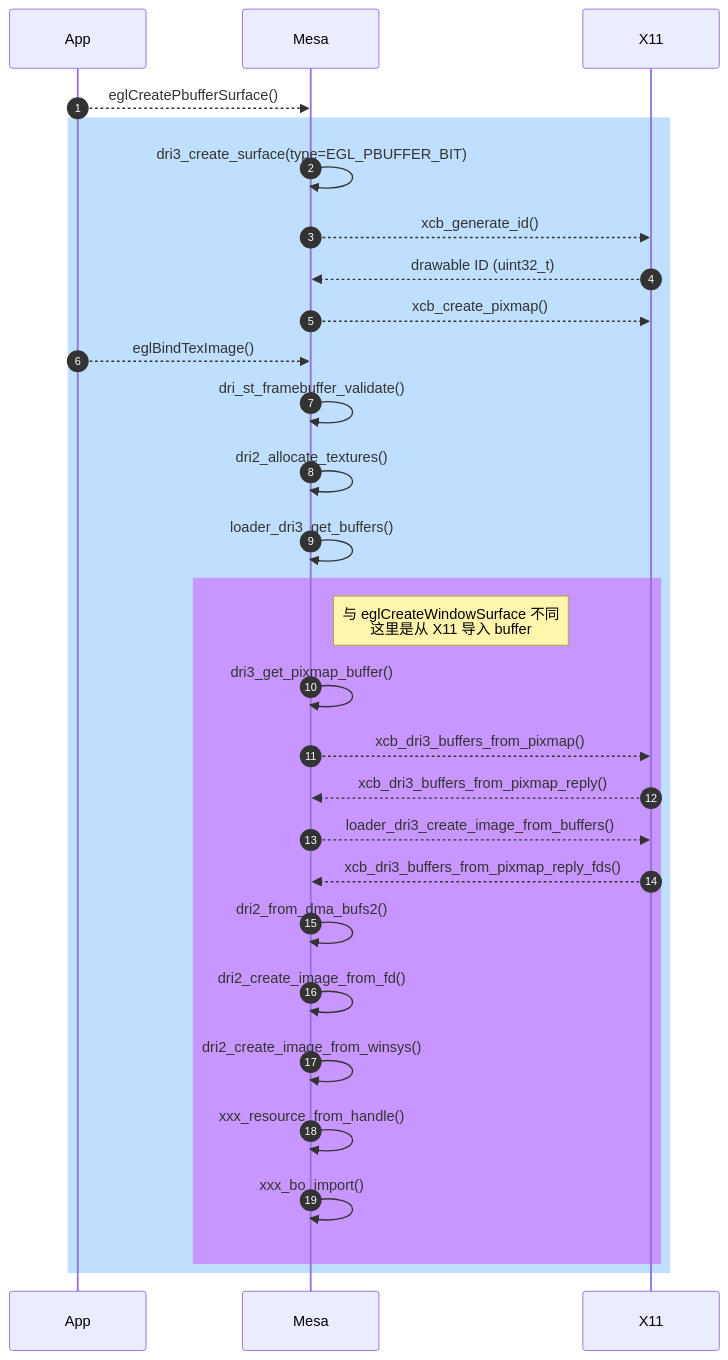
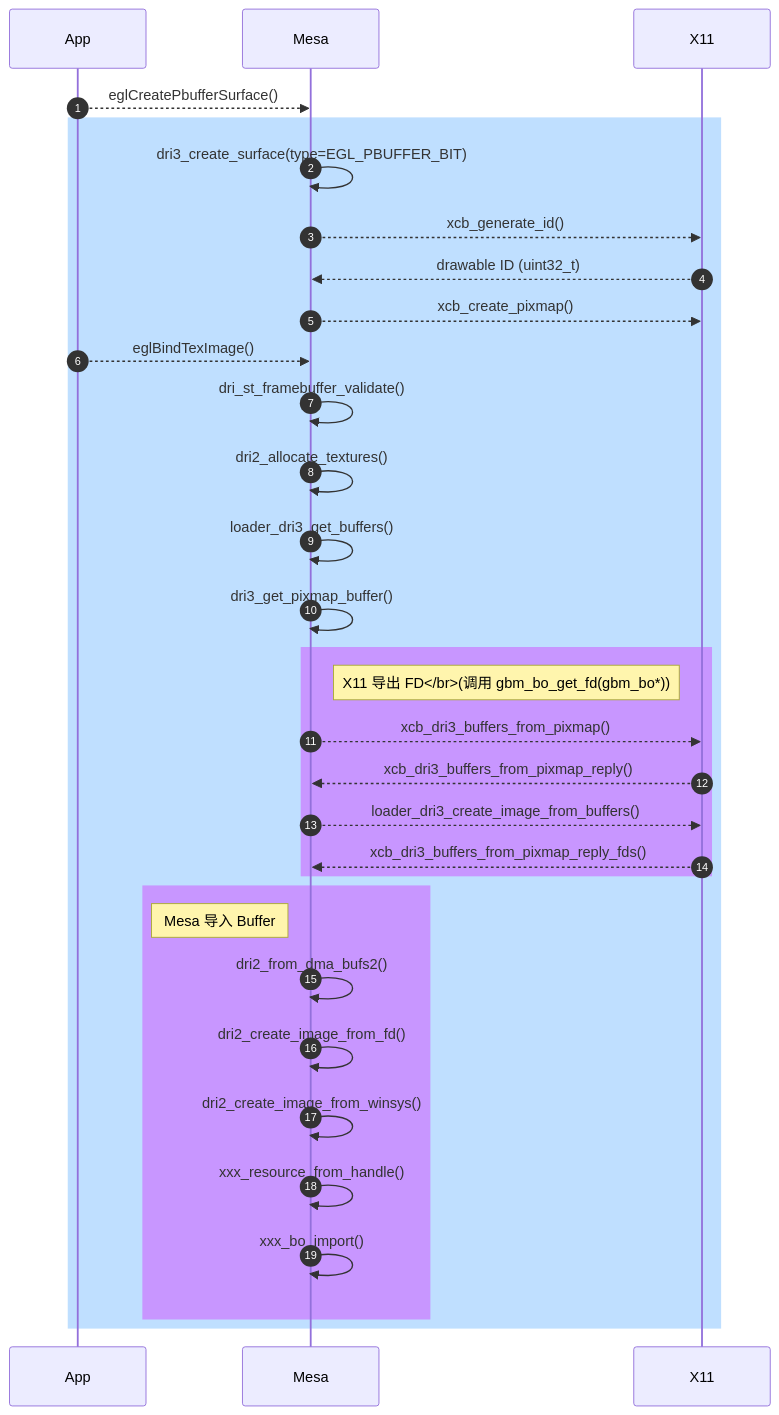
Before and after one commit to lucmann/lucmann.github.io: the third of 3 diagrams in source/_posts/gfx/dri3.md, drawn with Mermaid. The commit also changed other lines of this file, not shown here.

Commit message:
gfx: dri3: try mermaid sequence diagram

````diff
--- a/source/_posts/gfx/dri3.md
+++ b/source/_posts/gfx/dri3.md
@@ -185,32 +185,35 @@
 ```mermaid
 sequenceDiagram
     autonumber
     participant App
     participant Mesa
     participant X11
 
     App-->>Mesa: eglCreatePbufferSurface()
     rect rgb(191, 223, 255)
     Mesa->>Mesa: dri3_create_surface(type=EGL_PBUFFER_BIT)
     Mesa-->>X11: xcb_generate_id()
     X11-->>Mesa: drawable ID (uint32_t)
     Mesa-->>X11: xcb_create_pixmap()
     App-->>Mesa: eglBindTexImage()
     Mesa->>Mesa: dri_st_framebuffer_validate()
     Mesa->>Mesa: dri2_allocate_textures()
     Mesa->>Mesa: loader_dri3_get_buffers()
+    Mesa->>Mesa: dri3_get_pixmap_buffer()
     rect rgb(200, 150, 255)
-    note right of Mesa: 与 eglCreateWindowSurface 不同<br/>这里是从 X11 导入 buffer
-    Mesa->>Mesa: dri3_get_pixmap_buffer()
+    note left of X11: X11 导出 FD</br>(调用 gbm_bo_get_fd(gbm_bo*))
     Mesa-->>X11: xcb_dri3_buffers_from_pixmap()
     X11-->>Mesa: xcb_dri3_buffers_from_pixmap_reply()
     Mesa-->>X11: loader_dri3_create_image_from_buffers()
     X11-->>Mesa: xcb_dri3_buffers_from_pixmap_reply_fds()
+    end
+    rect rgb(200, 150, 255)
+    note left of Mesa: Mesa 导入 Buffer
     Mesa->>Mesa: dri2_from_dma_bufs2()
     Mesa->>Mesa: dri2_create_image_from_fd()
     Mesa->>Mesa: dri2_create_image_from_winsys()
     Mesa->>Mesa: xxx_resource_from_handle()
     Mesa->>Mesa: xxx_bo_import()
     end
     end
 ```
````
